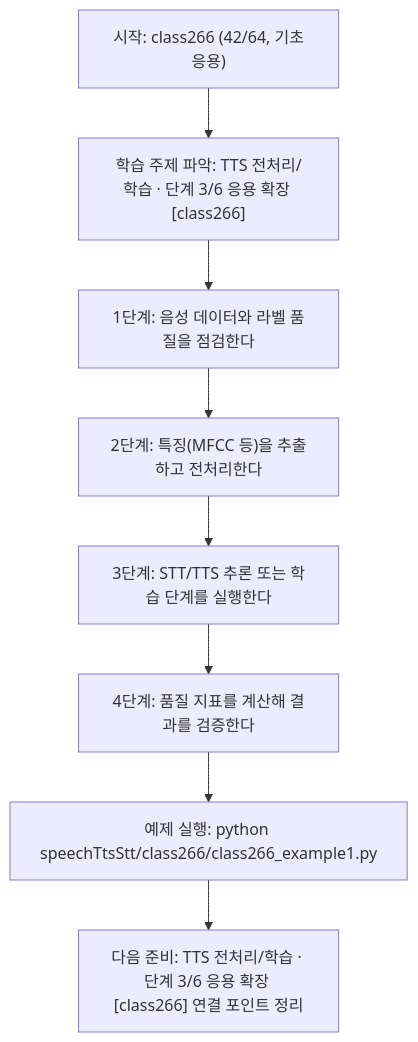
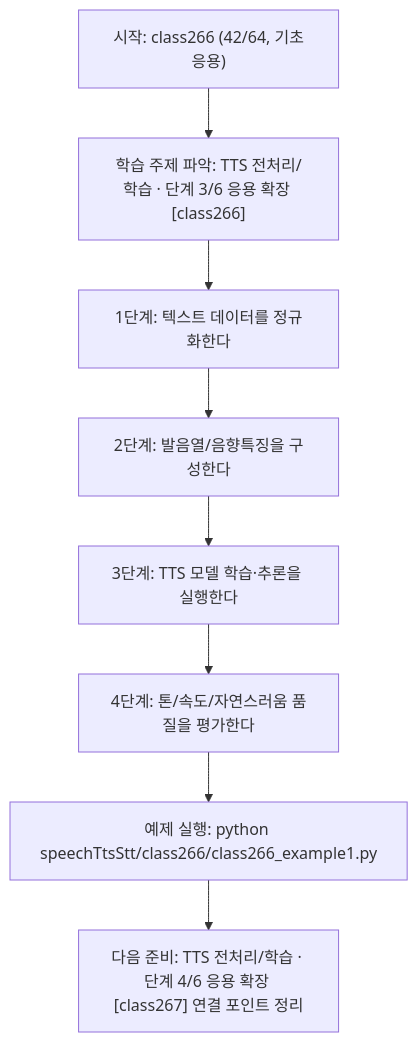
Before and after one commit to edumgt/Python-AI_Agent-Class: the diagram in speechTtsStt/class266/class266.md, drawn with Mermaid. The commit also changed other lines of this file and 1122 other files, not shown here.

````diff
--- a/speechTtsStt/class266/class266.md
+++ b/speechTtsStt/class266/class266.md
@@ -114,18 +95,18 @@
 ```mermaid
 flowchart TD
 N1["시작: class266 (42/64, 기초응용)"]
 N2["학습 주제 파악: TTS 전처리/학습 · 단계 3/6 응용 확장 [class266]"]
-N3["1단계: 음성 데이터와 라벨 품질을 점검한다"]
-N4["2단계: 특징(MFCC 등)을 추출하고 전처리한다"]
-N5["3단계: STT/TTS 추론 또는 학습 단계를 실행한다"]
-N6["4단계: 품질 지표를 계산해 결과를 검증한다"]
+N3["1단계: 텍스트 데이터를 정규화한다"]
+N4["2단계: 발음열/음향특징을 구성한다"]
+N5["3단계: TTS 모델 학습·추론을 실행한다"]
+N6["4단계: 톤/속도/자연스러움 품질을 평가한다"]
 N7["예제 실행: python speechTtsStt/class266/class266_example1.py"]
-N8["다음 준비: TTS 전처리/학습 · 단계 3/6 응용 확장 [class266] 연결 포인트 정리"]
+N8["다음 준비: TTS 전처리/학습 · 단계 4/6 응용 확장 [class267] 연결 포인트 정리"]
 N1 --> N2
 N2 --> N3
 N3 --> N4
 N4 --> N5
 N5 --> N6
 N6 --> N7
 N7 --> N8
 ```
````
